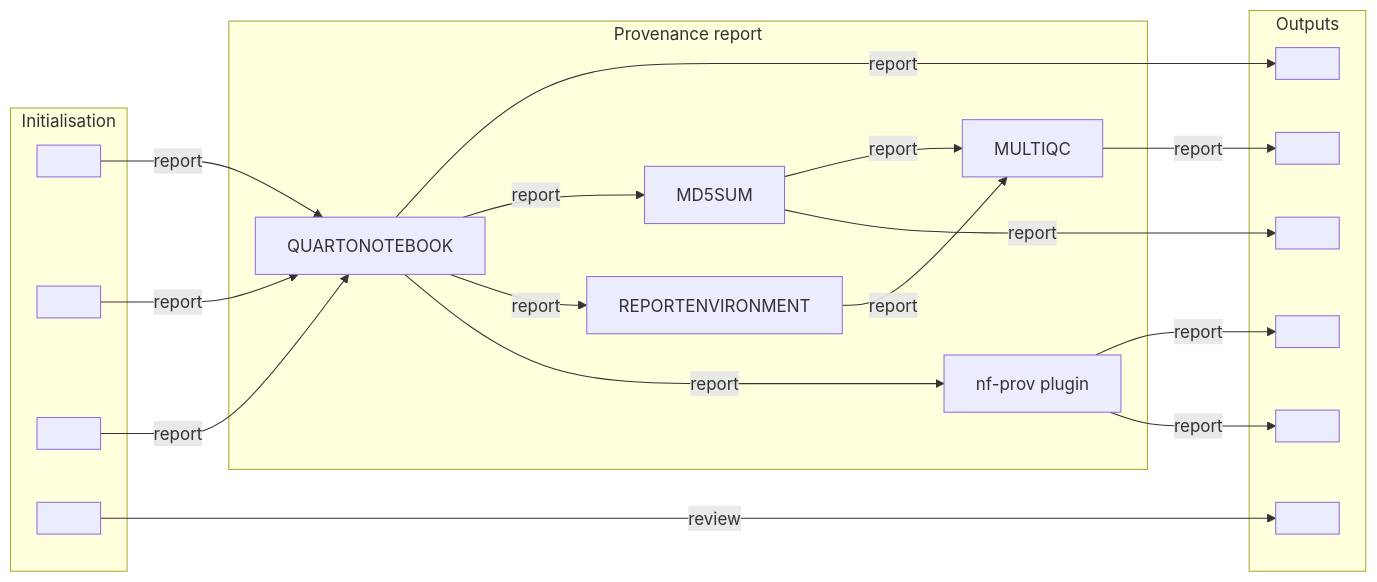
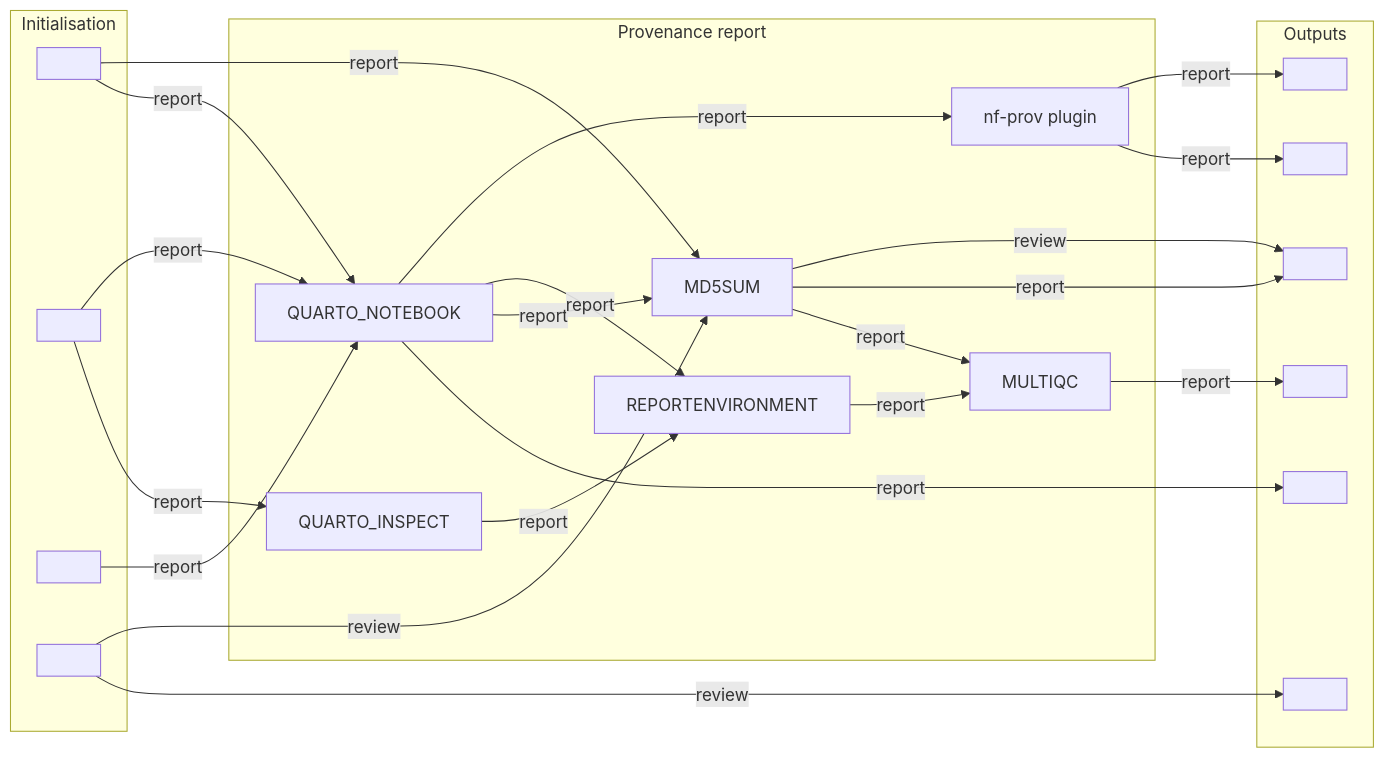
One commit to antoniasaracco/provenancereport changed the diagram in docs/images/provenancereport_metro.mmd. Above: the diagram before and after it, drawn with Mermaid. The commit also changed 9 other files, not shown here.

```diff
--- a/docs/images/provenancereport_metro.mmd
+++ b/docs/images/provenancereport_metro.mmd
@@ -1,55 +1,61 @@
 %%metro style: nfcore
 %%metro file: samplesheet | CSV | Samplesheet
 %%metro file: custom_report | QMD | Custom report
 %%metro file: custom_config | CONF | Custom config
 %%metro file: review_document | FILE | --document optional
 %%metro file: quarto_report | HTML | Quarto report
 %%metro file: multiqc_report | HTML | MultiQC report
 %%metro file: review_output | FILE | Review document
 %%metro file: checksums | MD5 | Checksums
 %%metro file: bco | JSON | BCO
 %%metro file: rocrate | JSON | RO-Crate
 %%metro line: report | Provenance report | #24B064
 %%metro line: review | Optional review document | #F28E2B | dashed
 %%metro legend: bl
 
 graph LR
     subgraph initialisation [Initialisation]
         samplesheet[ ]
         custom_report[ ]
         custom_config[ ]
         review_document[ ]
     end
 
     subgraph provenance [Provenance report]
-        quartonotebook[QUARTONOTEBOOK]
+        quartoinspect[QUARTO_INSPECT]
+        quartonotebook[QUARTO_NOTEBOOK]
         md5sum[MD5SUM]
         reportenvironment[REPORTENVIRONMENT]
         multiqc[MULTIQC]
         nfprov[nf-prov plugin]
     end
 
     subgraph outputs [Outputs]
         quarto_report[ ]
         multiqc_report[ ]
         review_output[ ]
         checksums[ ]
         bco[ ]
         rocrate[ ]
     end
 
     samplesheet -->|report| quartonotebook
+    samplesheet -->|report| md5sum
+    custom_report -->|report| quartoinspect
     custom_report -->|report| quartonotebook
     custom_config -->|report| quartonotebook
+    quartoinspect -->|report| reportenvironment
     quartonotebook -->|report| quarto_report
     quartonotebook -->|report| md5sum
     quartonotebook -->|report| reportenvironment
     md5sum -->|report| multiqc
     reportenvironment -->|report| multiqc
     multiqc -->|report| multiqc_report
     md5sum -->|report| checksums
     quartonotebook -->|report| nfprov
     nfprov -->|report| bco
     nfprov -->|report| rocrate
 
     review_document -->|review| review_output
+    review_document -->|review| md5sum
+    md5sum -->|review| checksums
```
